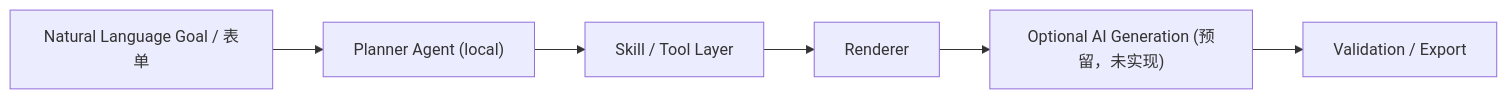
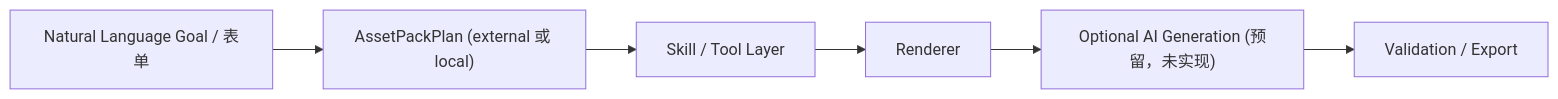
The second of 3 diagrams in docs/ARCHITECTURE.md (px-ego/game-asset-forge), drawn with Mermaid before and after one commit. The commit also changed other lines of this file and 25 other files, not shown here.

````diff
--- a/docs/ARCHITECTURE.md
+++ b/docs/ARCHITECTURE.md
@@ -98,8 +100,8 @@
 ```mermaid
 flowchart LR
-  N["Natural Language Goal / 表单"] --> P["Planner Agent (local)"]
+  N["Natural Language Goal / 表单"] --> P["AssetPackPlan (external 或 local)"]
   P --> K["Skill / Tool Layer"]
   K --> R["Renderer"]
   R --> O["Optional AI Generation (预留，未实现)"]
   O --> X["Validation / Export"]
 ```
````
